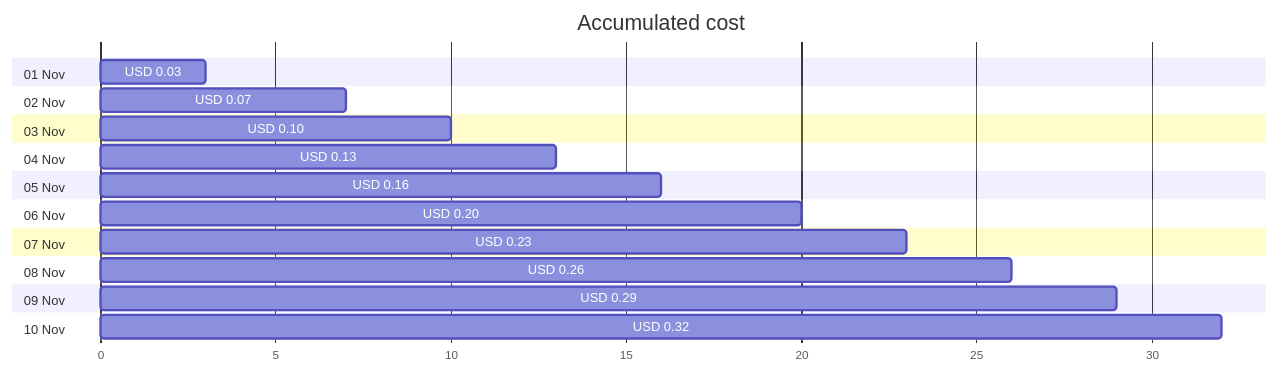
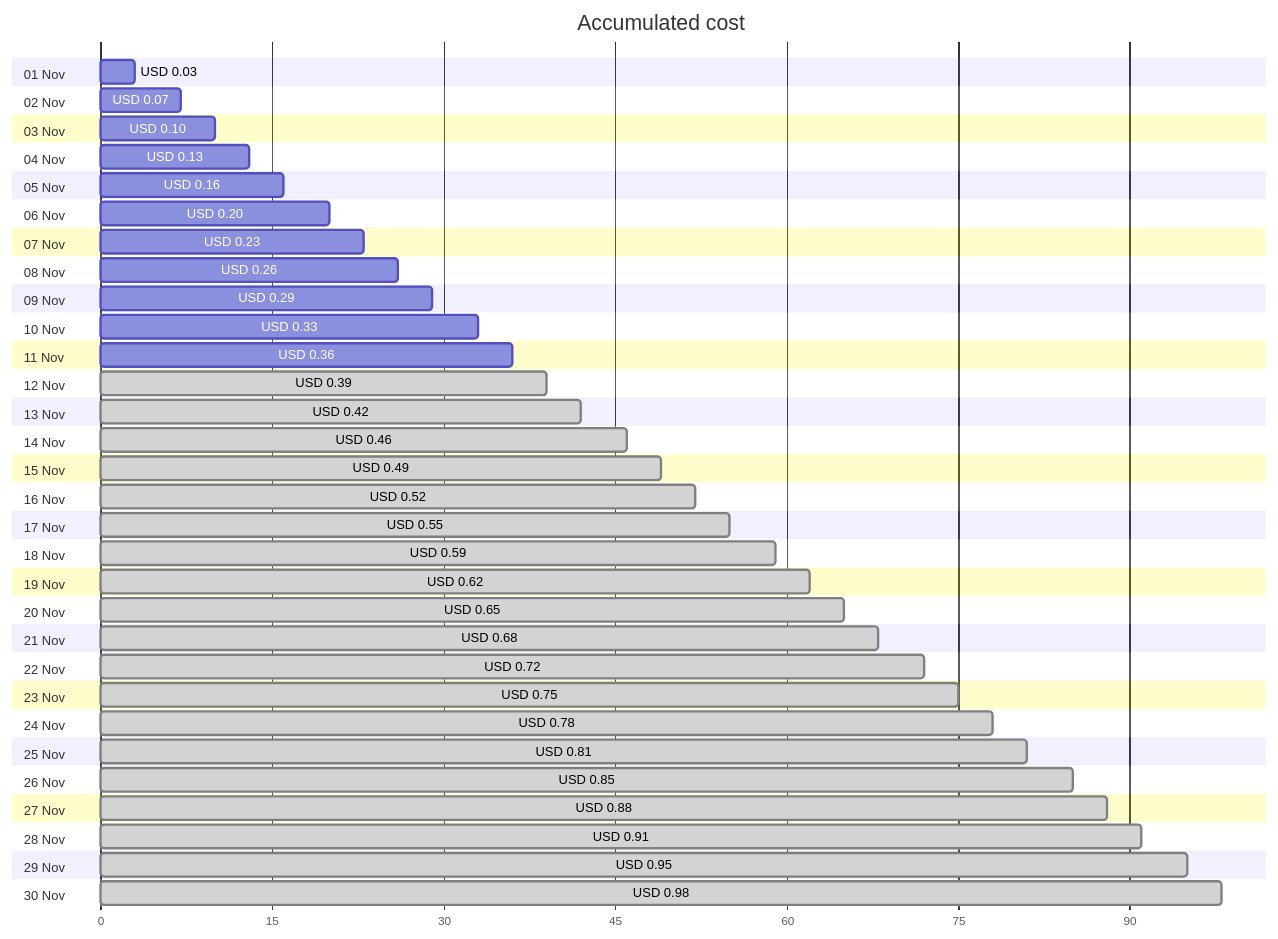
Before and after one commit to jpfulton/azure-personal-reports: the first of 4 diagrams in cost-reports/personal-dns/README.md, drawn with Mermaid. The commit also changed other lines of this file and 2 other files, not shown here.

Commit message:
Generated reports [skip ci]

````diff
--- a/cost-reports/personal-dns/README.md
+++ b/cost-reports/personal-dns/README.md
@@ -20,26 +20,66 @@
 ```mermaid
 gantt
    title Accumulated cost
    dateFormat  X
    axisFormat %s
    section 01 Nov
    USD 0.03 :0, 3
    section 02 Nov
    USD 0.07 :0, 7
    section 03 Nov
    USD 0.10 :0, 10
    section 04 Nov
    USD 0.13 :0, 13
    section 05 Nov
    USD 0.16 :0, 16
    section 06 Nov
    USD 0.20 :0, 20
    section 07 Nov
    USD 0.23 :0, 23
    section 08 Nov
    USD 0.26 :0, 26
    section 09 Nov
    USD 0.29 :0, 29
    section 10 Nov
-   USD 0.32 :0, 32
+   USD 0.33 :0, 33
+   section 11 Nov
+   USD 0.36 :0, 36
+   section 12 Nov
+   USD 0.39 : done, 0, 39
+   section 13 Nov
+   USD 0.42 : done, 0, 42
+   section 14 Nov
+   USD 0.46 : done, 0, 46
+   section 15 Nov
+   USD 0.49 : done, 0, 49
+   section 16 Nov
+   USD 0.52 : done, 0, 52
+   section 17 Nov
+   USD 0.55 : done, 0, 55
+   section 18 Nov
+   USD 0.59 : done, 0, 59
+   section 19 Nov
+   USD 0.62 : done, 0, 62
+   section 20 Nov
+   USD 0.65 : done, 0, 65
+   section 21 Nov
+   USD 0.68 : done, 0, 68
+   section 22 Nov
+   USD 0.72 : done, 0, 72
+   section 23 Nov
+   USD 0.75 : done, 0, 75
+   section 24 Nov
+   USD 0.78 : done, 0, 78
+   section 25 Nov
+   USD 0.81 : done, 0, 81
+   section 26 Nov
+   USD 0.85 : done, 0, 85
+   section 27 Nov
+   USD 0.88 : done, 0, 88
+   section 28 Nov
+   USD 0.91 : done, 0, 91
+   section 29 Nov
+   USD 0.95 : done, 0, 95
+   section 30 Nov
+   USD 0.98 : done, 0, 98
 ```
````
